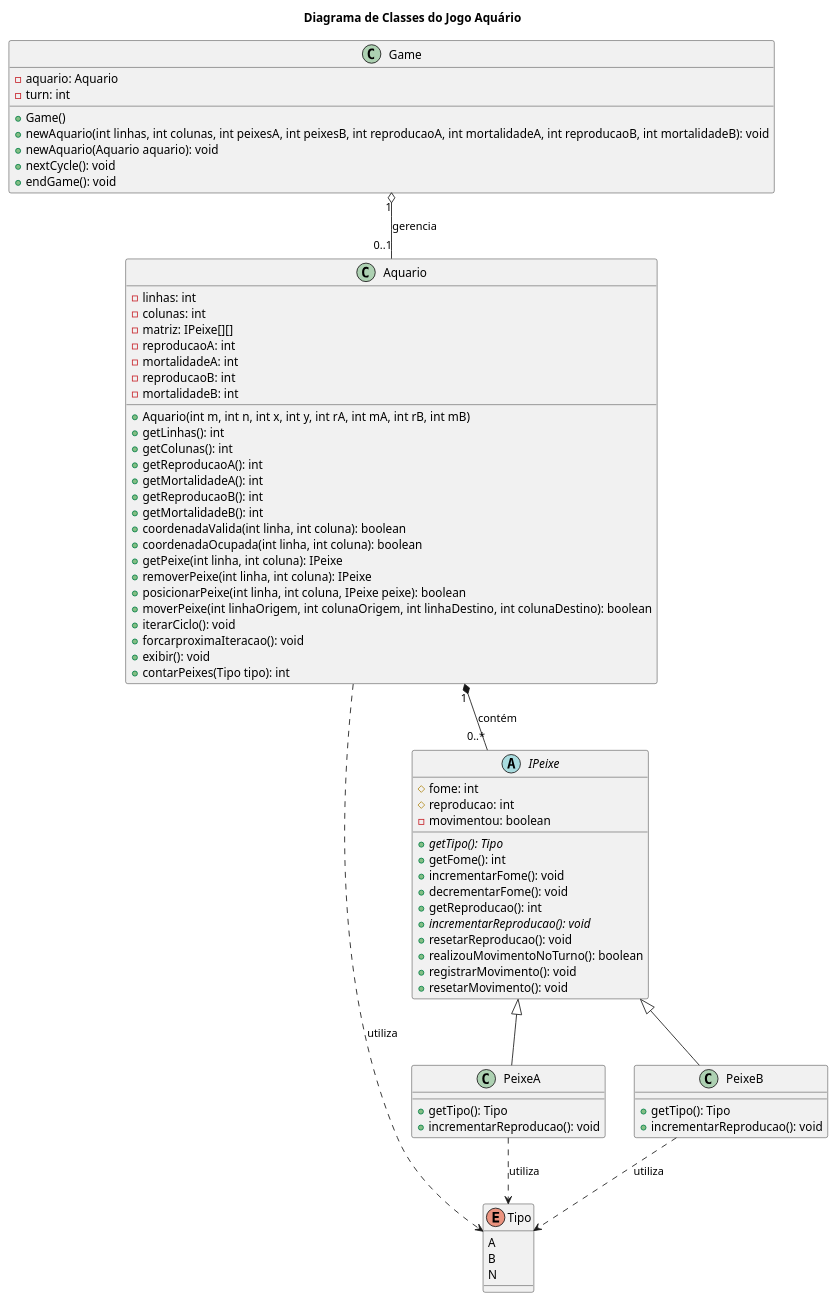
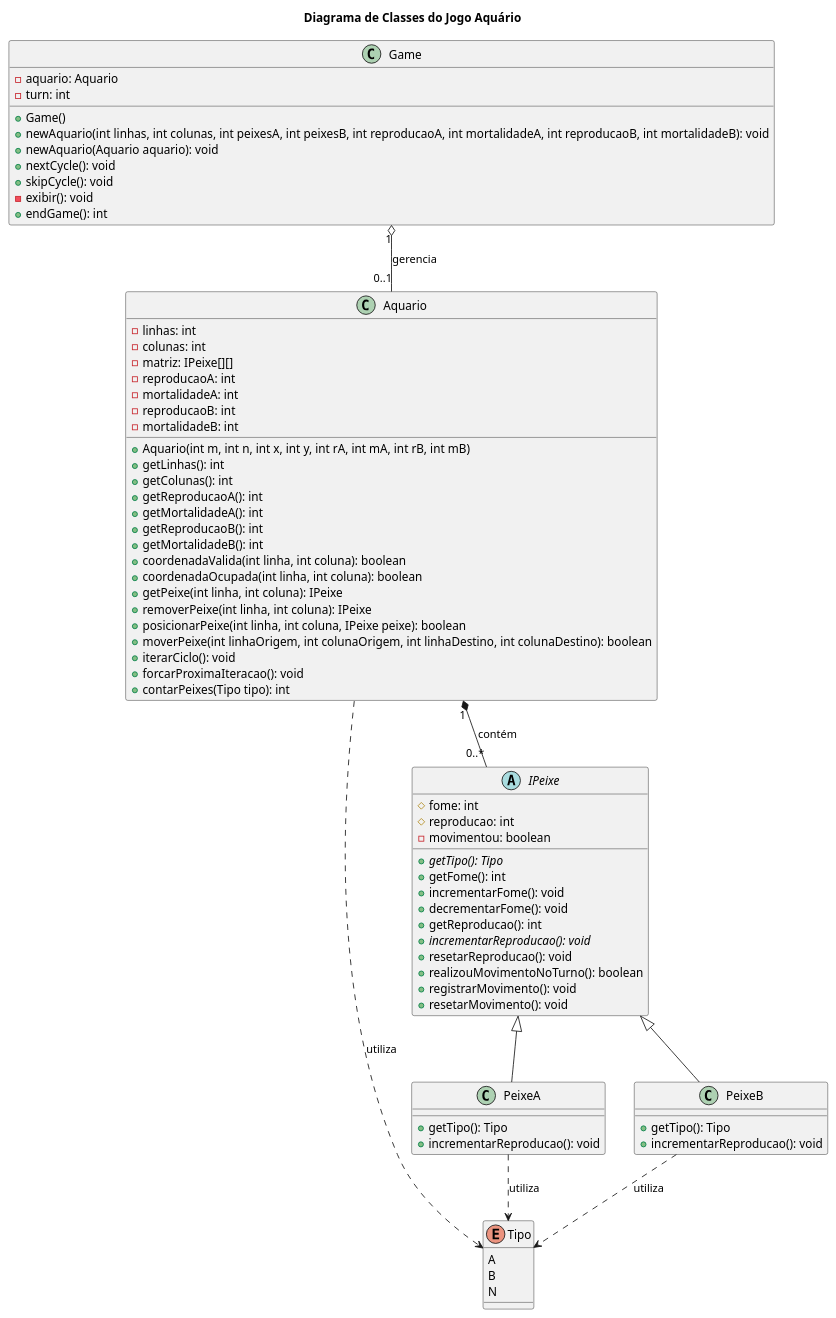
Before and after one commit to eduardaac/parteI-teste_funcional: the diagram in class.puml, drawn with PlantUML. The commit also changed 7 other files, not shown here.

```diff
--- a/class.puml
+++ b/class.puml
@@ -1,82 +1,83 @@
 @startuml AquarioClassDiagram
 
 title Diagrama de Classes do Jogo Aquário
 
 class Aquario {
     - linhas: int
     - colunas: int
     - matriz: IPeixe[][]
     - reproducaoA: int
     - mortalidadeA: int
     - reproducaoB: int
     - mortalidadeB: int
 
     + Aquario(int m, int n, int x, int y, int rA, int mA, int rB, int mB)
     + getLinhas(): int
     + getColunas(): int
     + getReproducaoA(): int
     + getMortalidadeA(): int
     + getReproducaoB(): int
     + getMortalidadeB(): int
     + coordenadaValida(int linha, int coluna): boolean
     + coordenadaOcupada(int linha, int coluna): boolean
     + getPeixe(int linha, int coluna): IPeixe
     + removerPeixe(int linha, int coluna): IPeixe
     + posicionarPeixe(int linha, int coluna, IPeixe peixe): boolean
     + moverPeixe(int linhaOrigem, int colunaOrigem, int linhaDestino, int colunaDestino): boolean
     + iterarCiclo(): void
-    + forcarproximaIteracao(): void
-    + exibir(): void
+    + forcarProximaIteracao(): void
     + contarPeixes(Tipo tipo): int
 }
 
 class Game {
     - aquario: Aquario
     - turn: int
     + Game()
     + newAquario(int linhas, int colunas, int peixesA, int peixesB, int reproducaoA, int mortalidadeA, int reproducaoB, int mortalidadeB): void
     + newAquario(Aquario aquario): void
     + nextCycle(): void
-    + endGame(): void
+    + skipCycle(): void
+    - exibir(): void
+    + endGame(): int
 }
 
 enum Tipo {
     A
     B
     N
 }
 
 abstract class IPeixe {
     # fome: int
     # reproducao: int
     - movimentou: boolean
 
     + {abstract} getTipo(): Tipo
     + getFome(): int
     + incrementarFome(): void
     + decrementarFome(): void
     + getReproducao(): int
     + {abstract} incrementarReproducao(): void
     + resetarReproducao(): void
     + realizouMovimentoNoTurno(): boolean
     + registrarMovimento(): void
     + resetarMovimento(): void
 }
 
 class PeixeA extends IPeixe {
     + getTipo(): Tipo
     + incrementarReproducao(): void
 }
 
 class PeixeB extends IPeixe{
     + getTipo(): Tipo
     + incrementarReproducao(): void
 }
 
 Aquario "1" *-- "0..*" IPeixe : contém
 Game "1" o-- "0..1" Aquario : gerencia
 Aquario ..> Tipo : utiliza
 PeixeA ..> Tipo : utiliza
 PeixeB ..> Tipo : utiliza
 
 @enduml
```
